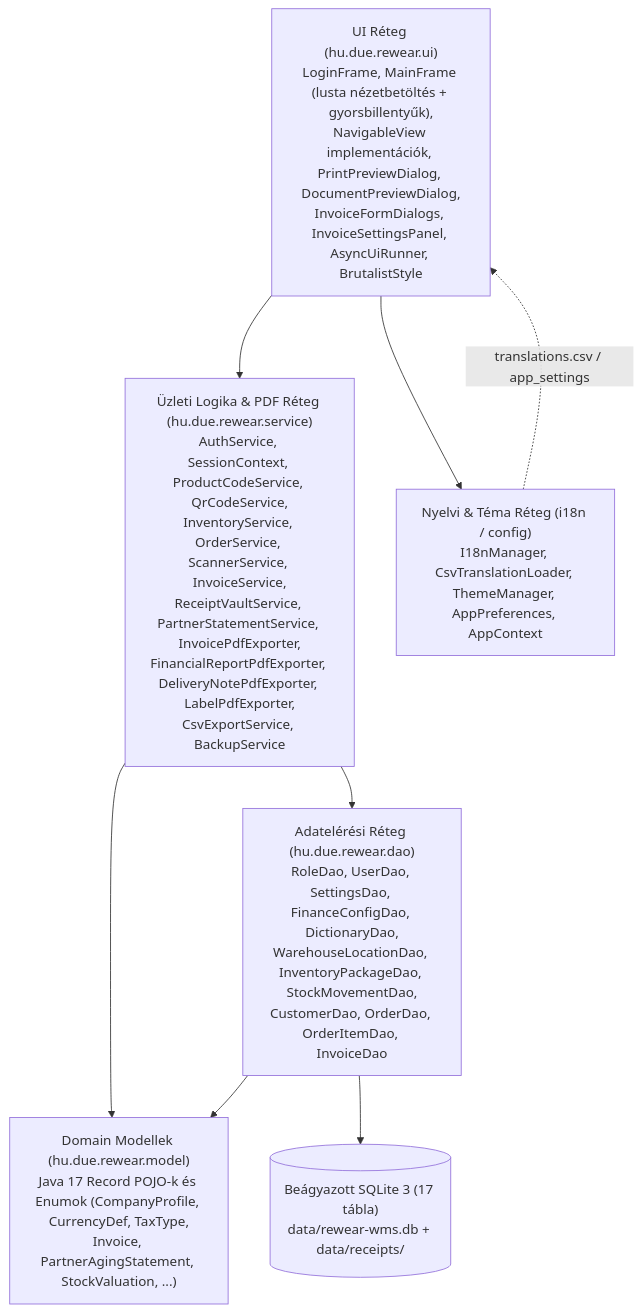
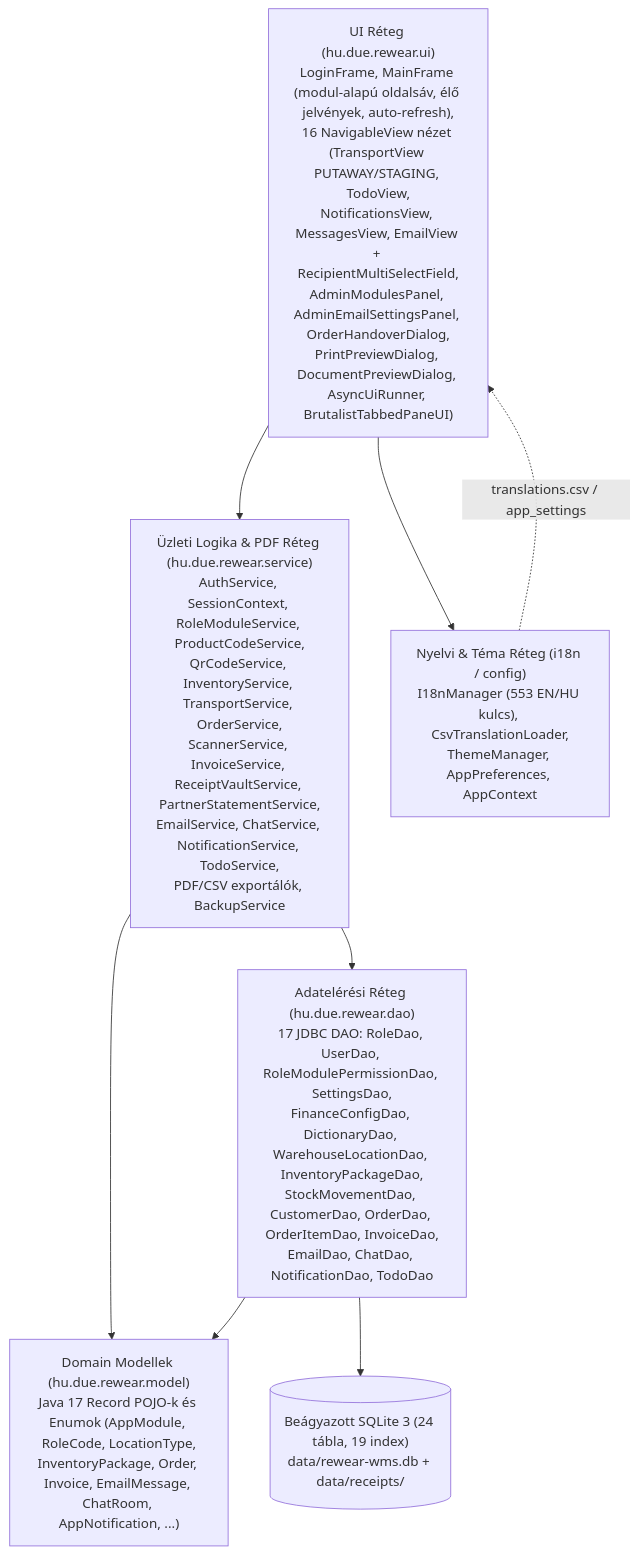
One commit to attilaczudor/due-prog-03 changed the first of 5 diagrams in docs/Programterv.md. Above: the diagram before and after it, drawn with Mermaid. The commit also changed other lines of this file and 4 other files, not shown here.

````diff
--- a/docs/Programterv.md
+++ b/docs/Programterv.md
@@ -11,17 +11,17 @@
 ```mermaid
 flowchart TD
-    UI["UI Réteg (hu.due.rewear.ui)<br/>LoginFrame, MainFrame (lusta nézetbetöltés + gyorsbillentyűk),<br/>NavigableView implementációk, PrintPreviewDialog, DocumentPreviewDialog,<br/>InvoiceFormDialogs, InvoiceSettingsPanel, AsyncUiRunner, BrutalistStyle"]
-    SVC["Üzleti Logika & PDF Réteg (hu.due.rewear.service)<br/>AuthService, SessionContext, ProductCodeService, QrCodeService,<br/>InventoryService, OrderService, ScannerService, InvoiceService,<br/>ReceiptVaultService, PartnerStatementService, InvoicePdfExporter,<br/>FinancialReportPdfExporter, DeliveryNotePdfExporter, LabelPdfExporter,<br/>CsvExportService, BackupService"]
-    I18N["Nyelvi & Téma Réteg (i18n / config)<br/>I18nManager, CsvTranslationLoader, ThemeManager, AppPreferences, AppContext"]
-    DAO["Adatelérési Réteg (hu.due.rewear.dao)<br/>RoleDao, UserDao, SettingsDao, FinanceConfigDao, DictionaryDao,<br/>WarehouseLocationDao, InventoryPackageDao, StockMovementDao,<br/>CustomerDao, OrderDao, OrderItemDao, InvoiceDao"]
-    MODEL["Domain Modellek (hu.due.rewear.model)<br/>Java 17 Record POJO-k és Enumok (CompanyProfile, CurrencyDef, TaxType,<br/>Invoice, PartnerAgingStatement, StockValuation, ...)"]
-    DB[("Beágyazott SQLite 3 (17 tábla)<br/>data/rewear-wms.db + data/receipts/")]
+    UI["UI Réteg (hu.due.rewear.ui)<br/>LoginFrame, MainFrame (modul-alapú oldalsáv, élő jelvények, auto-refresh),<br/>16 NavigableView nézet (TransportView PUTAWAY/STAGING, TodoView,<br/>NotificationsView, MessagesView, EmailView + RecipientMultiSelectField,<br/>AdminModulesPanel, AdminEmailSettingsPanel, OrderHandoverDialog,<br/>PrintPreviewDialog, DocumentPreviewDialog, AsyncUiRunner, BrutalistTabbedPaneUI)"]
+    SVC["Üzleti Logika & PDF Réteg (hu.due.rewear.service)<br/>AuthService, SessionContext, RoleModuleService, ProductCodeService,<br/>QrCodeService, InventoryService, TransportService, OrderService,<br/>ScannerService, InvoiceService, ReceiptVaultService, PartnerStatementService,<br/>EmailService, ChatService, NotificationService, TodoService,<br/>PDF/CSV exportálók, BackupService"]
+    I18N["Nyelvi & Téma Réteg (i18n / config)<br/>I18nManager (553 EN/HU kulcs), CsvTranslationLoader,<br/>ThemeManager, AppPreferences, AppContext"]
+    DAO["Adatelérési Réteg (hu.due.rewear.dao)<br/>17 JDBC DAO: RoleDao, UserDao, RoleModulePermissionDao, SettingsDao,<br/>FinanceConfigDao, DictionaryDao, WarehouseLocationDao, InventoryPackageDao,<br/>StockMovementDao, CustomerDao, OrderDao, OrderItemDao, InvoiceDao,<br/>EmailDao, ChatDao, NotificationDao, TodoDao"]
+    MODEL["Domain Modellek (hu.due.rewear.model)<br/>Java 17 Record POJO-k és Enumok (AppModule, RoleCode, LocationType,<br/>InventoryPackage, Order, Invoice, EmailMessage, ChatRoom, AppNotification, ...)"]
+    DB[("Beágyazott SQLite 3 (24 tábla, 19 index)<br/>data/rewear-wms.db + data/receipts/")]
 
     UI --> SVC
     UI --> I18N
     SVC --> DAO
     SVC --> MODEL
     DAO --> MODEL
     DAO --> DB
     I18N -.->|"translations.csv / app_settings"| UI
 ```
````
